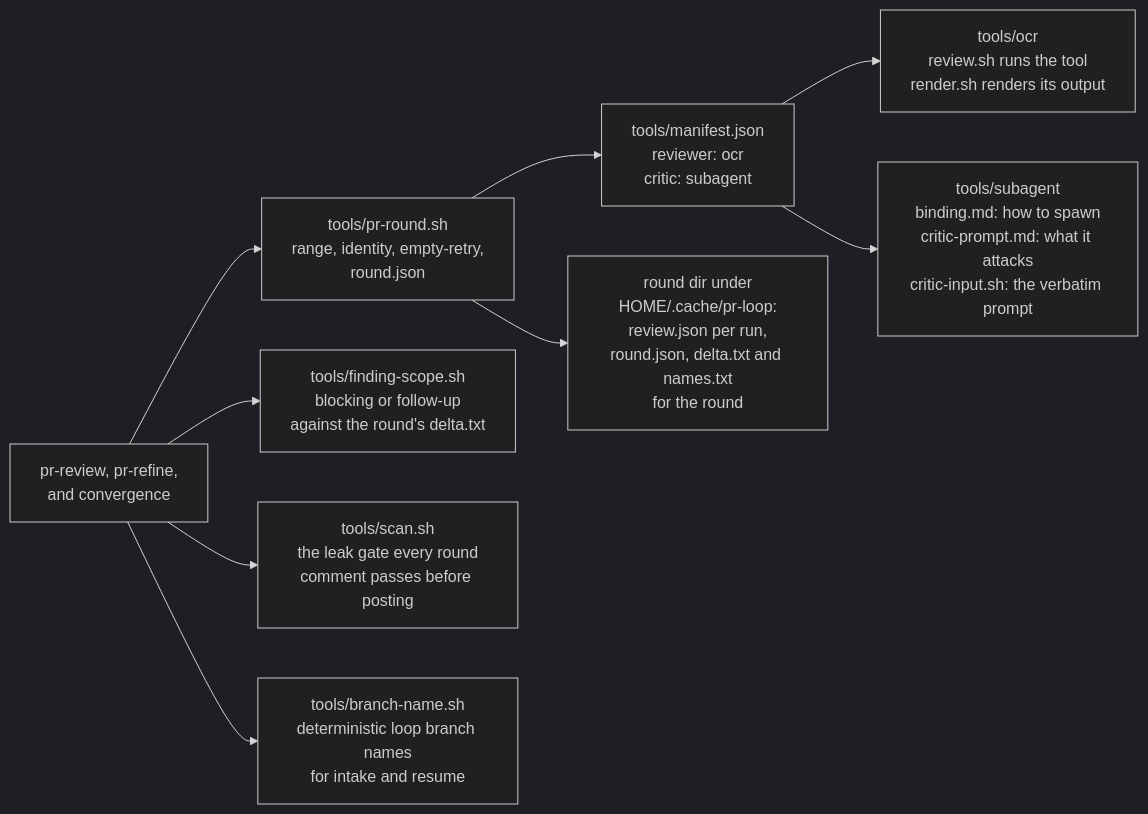
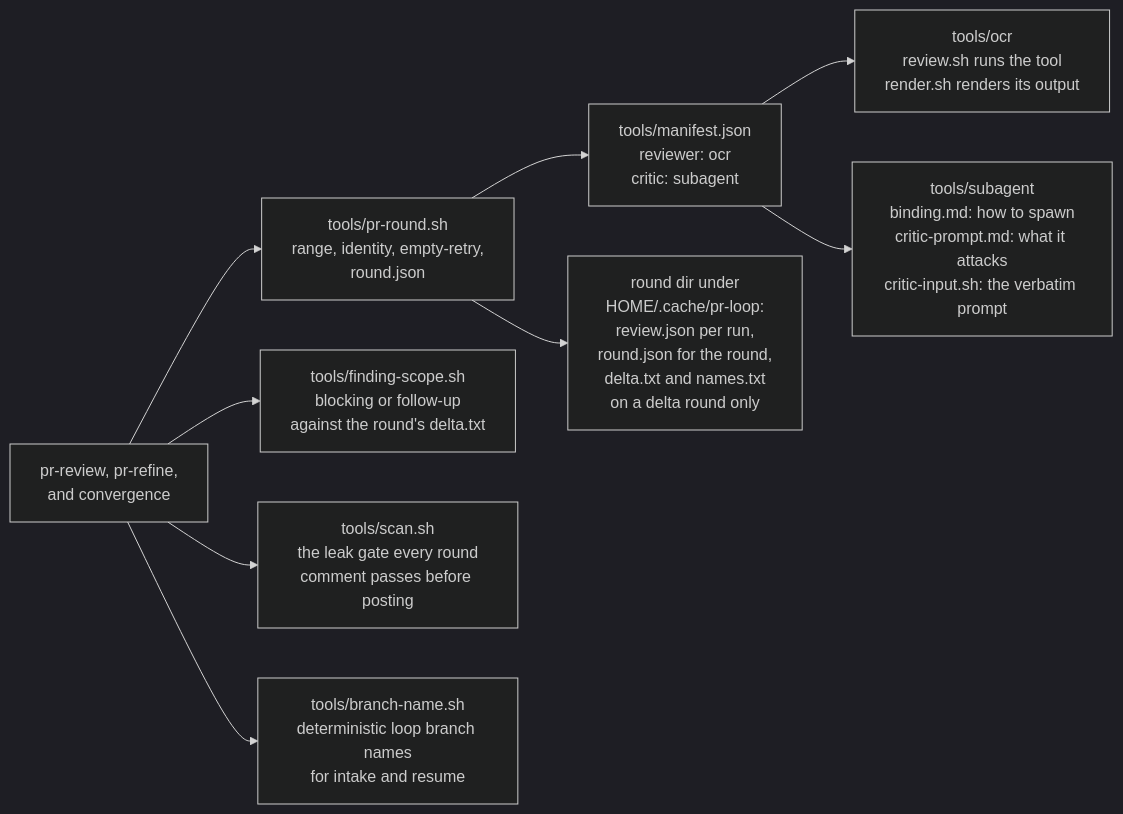
The second of 2 diagrams in dot_claude/skills/issue-to-pr/flow.md (ryankanno/dotfiles), drawn with Mermaid (dark theme) before and after one commit. The commit also changed 4 other files, not shown here.

````diff
--- a/dot_claude/skills/issue-to-pr/flow.md
+++ b/dot_claude/skills/issue-to-pr/flow.md
@@ -79,11 +79,11 @@
 ```mermaid
 flowchart LR
     S["pr-review, pr-refine,<br/>and convergence"] --> P["tools/pr-round.sh<br/>range, identity, empty-retry,<br/>round.json"]
     P --> M["tools/manifest.json<br/>reviewer: ocr<br/>critic: subagent"]
     S --> FS["tools/finding-scope.sh<br/>blocking or follow-up<br/>against the round's delta.txt"]
     M --> R["tools/ocr<br/>review.sh runs the tool<br/>render.sh renders its output"]
     M --> C["tools/subagent<br/>binding.md: how to spawn<br/>critic-prompt.md: what it attacks<br/>critic-input.sh: the verbatim prompt"]
-    P --> O["round dir under<br/>HOME/.cache/pr-loop:<br/>review.json per run,<br/>round.json, delta.txt and names.txt<br/>for the round"]
+    P --> O["round dir under<br/>HOME/.cache/pr-loop:<br/>review.json per run,<br/>round.json for the round,<br/>delta.txt and names.txt<br/>on a delta round only"]
     S --> SC["tools/scan.sh<br/>the leak gate every round<br/>comment passes before posting"]
     S --> BN["tools/branch-name.sh<br/>deterministic loop branch names<br/>for intake and resume"]
 ```
````
